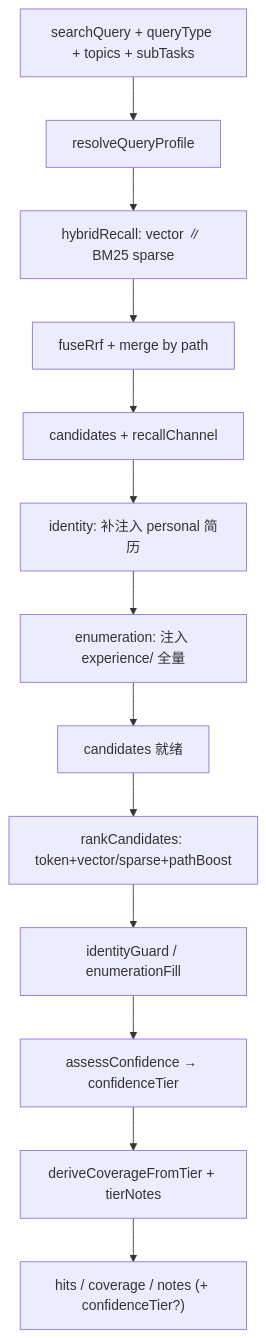
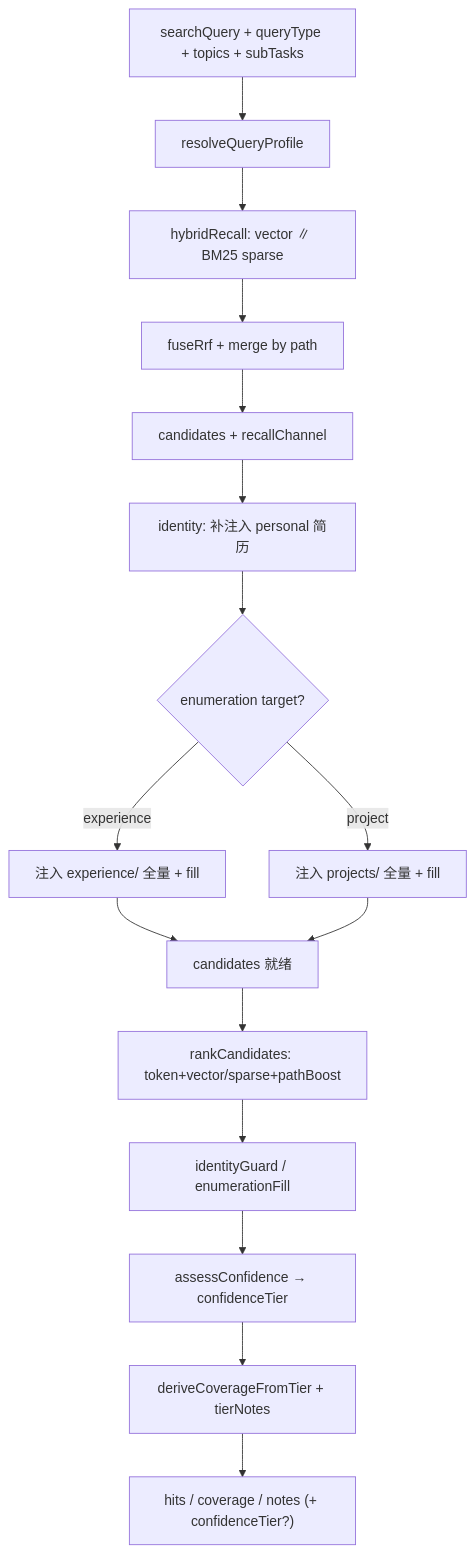
The fifth of 11 diagrams in docs/02-agent-flows.md (panzhanfei/fambrain-agents), drawn with Mermaid before and after one commit. The commit also changed other lines of this file and 26 other files, not shown here.

First line of the commit message:
fix(agents): Analyst plain-text stream and project/company enumeration split

````diff
--- a/docs/02-agent-flows.md
+++ b/docs/02-agent-flows.md
@@ -176,15 +176,18 @@
 ```mermaid
 flowchart TD
   IN["searchQuery + queryType + topics + subTasks"] --> PROFILE["resolveQueryProfile"]
   PROFILE --> HY["hybridRecall: vector ∥ BM25 sparse"]
   HY --> RRF["fuseRrf + merge by path"]
   RRF --> RAW[candidates + recallChannel]
   RAW --> IDINJ["identity: 补注入 personal 简历"]
-  IDINJ --> ENUMINJ["enumeration: 注入 experience/ 全量"]
-  ENUMINJ --> CAND[candidates 就绪]
+  IDINJ --> ENUMINJ{"enumeration target?"}
+  ENUMINJ -->|experience| EXINJ["注入 experience/ 全量 + fill"]
+  ENUMINJ -->|project| PRINJ["注入 projects/ 全量 + fill"]
+  EXINJ --> CAND[candidates 就绪]
+  PRINJ --> CAND
   CAND --> RULE["rankCandidates: token+vector/sparse+pathBoost"]
   RULE --> GUARD["identityGuard / enumerationFill"]
   GUARD --> TIER["assessConfidence → confidenceTier"]
   TIER --> COV["deriveCoverageFromTier + tierNotes"]
   COV --> OUT["hits / coverage / notes (+ confidenceTier?)"]
 ```
````
